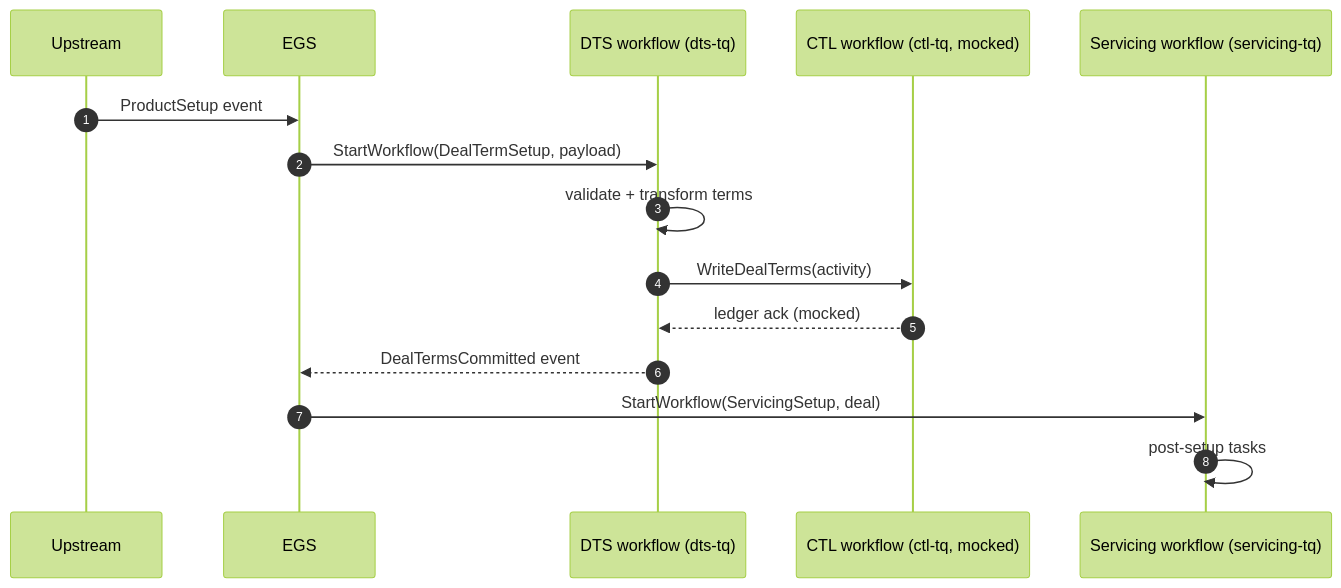
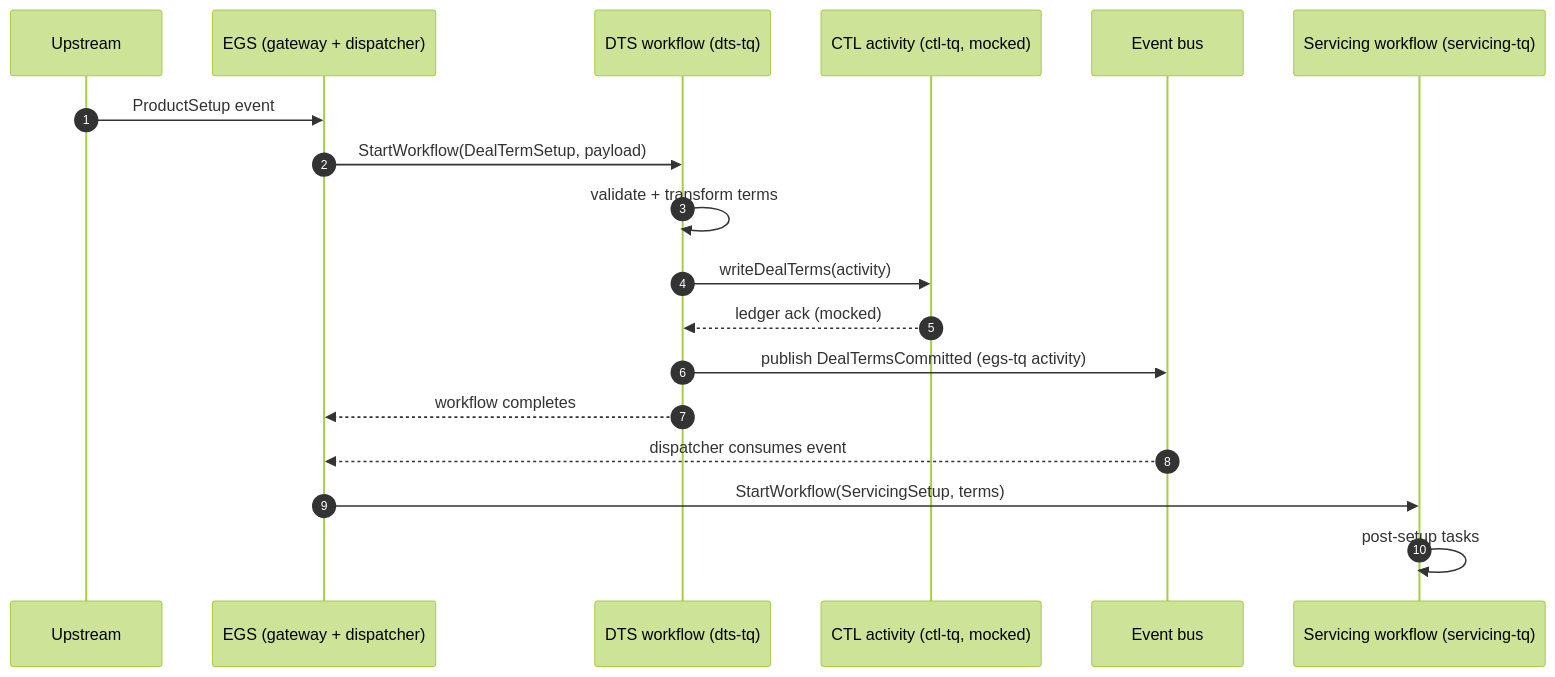
Before and after one commit to InfantJerin/loan-tran: the second of 3 diagrams in design.md, drawn with Mermaid (forest theme). The commit also changed other lines of this file and 11 other files, not shown here.

````diff
--- a/design.md
+++ b/design.md
@@ -61,18 +70,21 @@
 ```mermaid
 sequenceDiagram
     autonumber
     participant Upstream
-    participant EGS
+    participant EGS as EGS (gateway + dispatcher)
     participant DTS as DTS workflow (dts-tq)
-    participant CTL as CTL workflow (ctl-tq, mocked)
+    participant CTL as CTL activity (ctl-tq, mocked)
+    participant Bus as Event bus
     participant Servicing as Servicing workflow (servicing-tq)
 
     Upstream->>EGS: ProductSetup event
     EGS->>DTS: StartWorkflow(DealTermSetup, payload)
     DTS->>DTS: validate + transform terms
-    DTS->>CTL: WriteDealTerms(activity)
+    DTS->>CTL: writeDealTerms(activity)
     CTL-->>DTS: ledger ack (mocked)
-    DTS-->>EGS: DealTermsCommitted event
-    EGS->>Servicing: StartWorkflow(ServicingSetup, deal)
+    DTS->>Bus: publish DealTermsCommitted (egs-tq activity)
+    DTS-->>EGS: workflow completes
+    Bus-->>EGS: dispatcher consumes event
+    EGS->>Servicing: StartWorkflow(ServicingSetup, terms)
     Servicing->>Servicing: post-setup tasks
 ```
````
